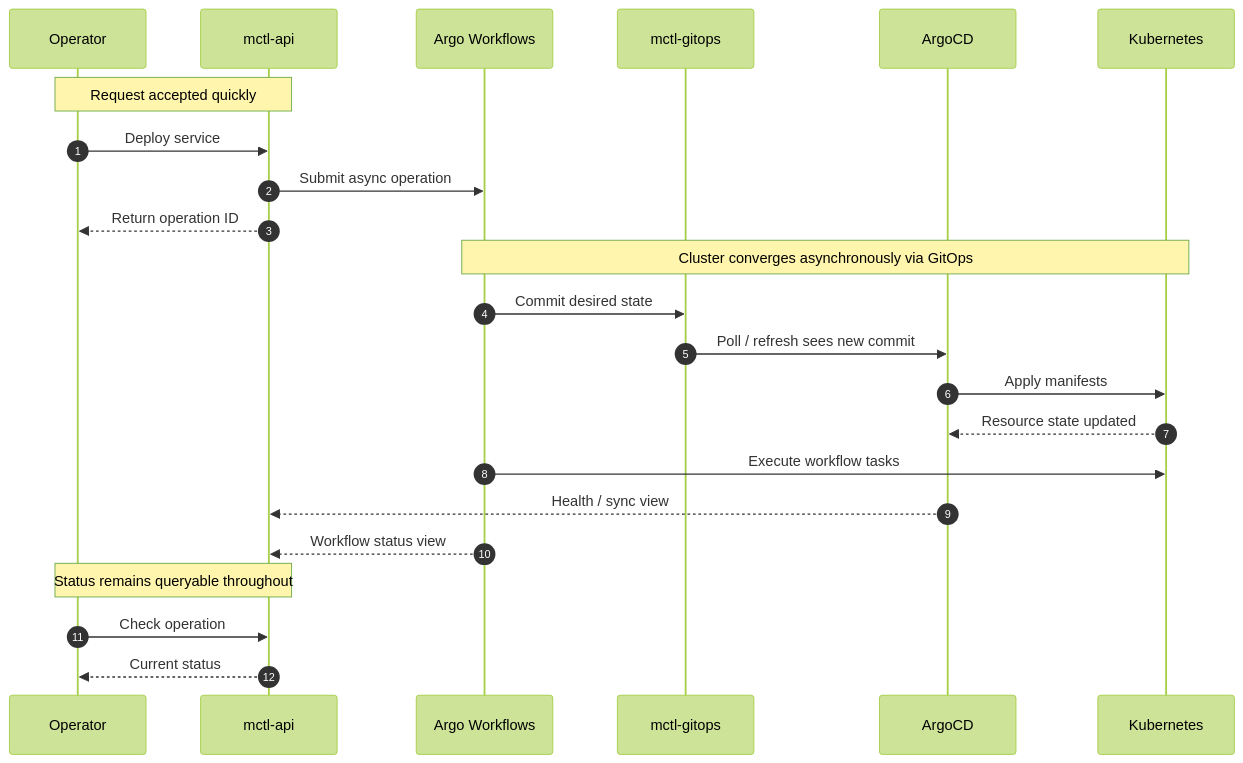
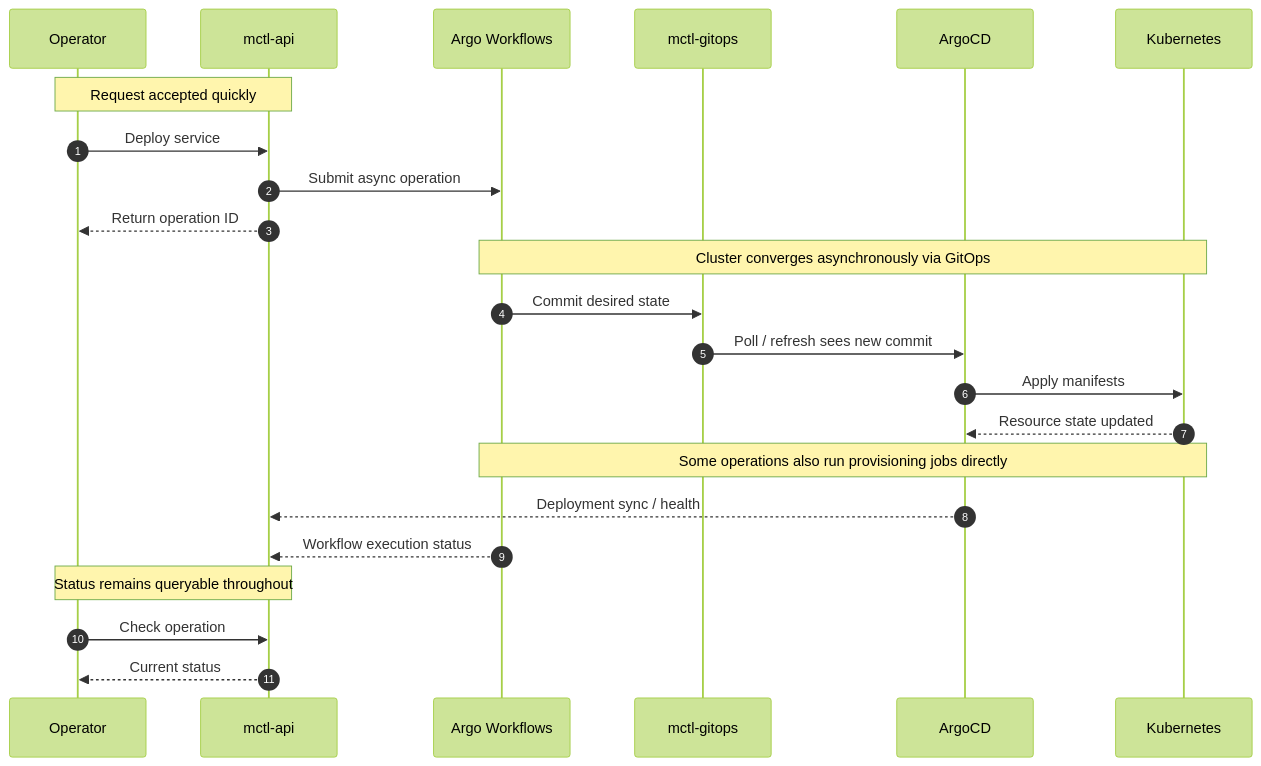
Before and after one commit to mctlhq/mctl-docs: the diagram in docs/guides/gitops-workflows.md, drawn with Mermaid (forest theme). The commit also changed 2 other files, not shown here.

Commit message:
fix(docs): refine architecture and agent flow

````diff
--- a/docs/guides/gitops-workflows.md
+++ b/docs/guides/gitops-workflows.md
@@ -7,28 +7,28 @@
 ```mermaid
 sequenceDiagram
     autonumber
     participant User as Operator
     participant API as mctl-api
     participant WF as Argo Workflows
     participant Git as mctl-gitops
     participant Argo as ArgoCD
     participant K8s as Kubernetes
 
     Note over User,API: Request accepted quickly
     User->>API: Deploy service
     API->>WF: Submit async operation
     API-->>User: Return operation ID
 
     Note over WF,K8s: Cluster converges asynchronously via GitOps
     WF->>Git: Commit desired state
     Git->>Argo: Poll / refresh sees new commit
     Argo->>K8s: Apply manifests
     K8s-->>Argo: Resource state updated
-    WF->>K8s: Execute workflow tasks
-    Argo-->>API: Health / sync view
-    WF-->>API: Workflow status view
+    Note over WF,K8s: Some operations also run provisioning jobs directly
+    Argo-->>API: Deployment sync / health
+    WF-->>API: Workflow execution status
 
     Note over User,API: Status remains queryable throughout
     User->>API: Check operation
     API-->>User: Current status
 ```
````
